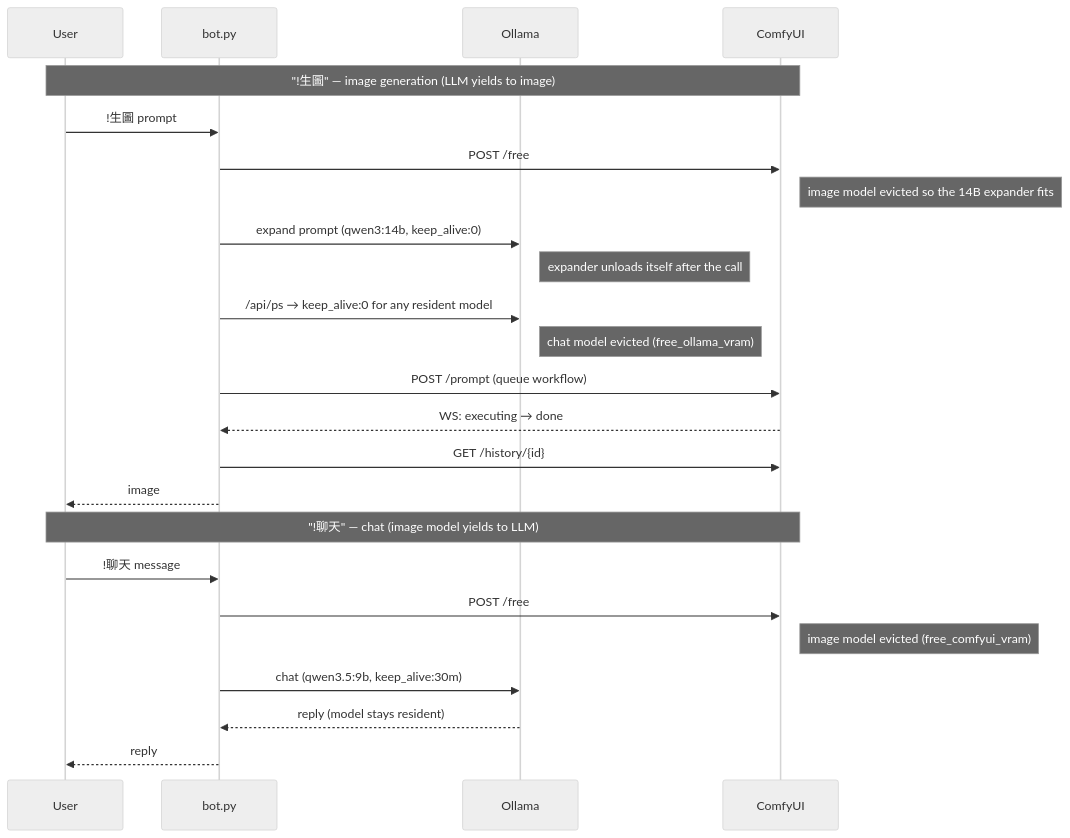
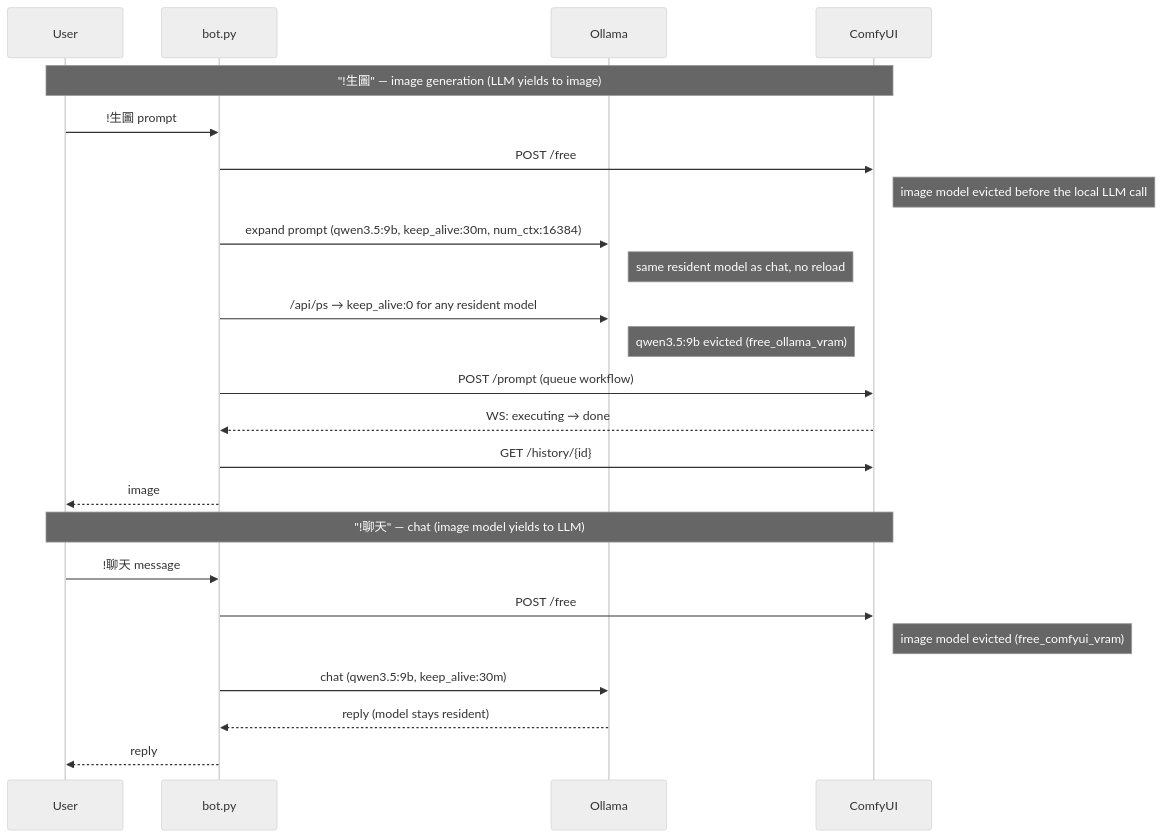
Before and after one commit to Luca135007/hermas-architecture: the third of 3 diagrams in docs/architecture.md, drawn with Mermaid (neutral theme). The commit also changed other lines of this file and 7 other files, not shown here.

First line of the commit message:
Document single resident Ollama model (ADR-0006) and refresh stale claims

````diff
--- a/docs/architecture.md
+++ b/docs/architecture.md
@@ -123,28 +123,28 @@
 ```mermaid
 sequenceDiagram
     participant U as User
     participant B as bot.py
     participant O as Ollama
     participant C as ComfyUI
 
     Note over U,C: "!生圖" — image generation (LLM yields to image)
     U->>B: !生圖 prompt
     B->>C: POST /free
-    Note right of C: image model evicted so the 14B expander fits
-    B->>O: expand prompt (qwen3:14b, keep_alive:0)
-    Note right of O: expander unloads itself after the call
+    Note right of C: image model evicted before the local LLM call
+    B->>O: expand prompt (qwen3.5:9b, keep_alive:30m, num_ctx:16384)
+    Note right of O: same resident model as chat, no reload
     B->>O: /api/ps → keep_alive:0 for any resident model
-    Note right of O: chat model evicted (free_ollama_vram)
+    Note right of O: qwen3.5:9b evicted (free_ollama_vram)
     B->>C: POST /prompt (queue workflow)
     C-->>B: WS: executing → done
     B->>C: GET /history/{id}
     B-->>U: image
 
     Note over U,C: "!聊天" — chat (image model yields to LLM)
     U->>B: !聊天 message
     B->>C: POST /free
     Note right of C: image model evicted (free_comfyui_vram)
     B->>O: chat (qwen3.5:9b, keep_alive:30m)
     O-->>B: reply (model stays resident)
     B-->>U: reply
 ```
````
